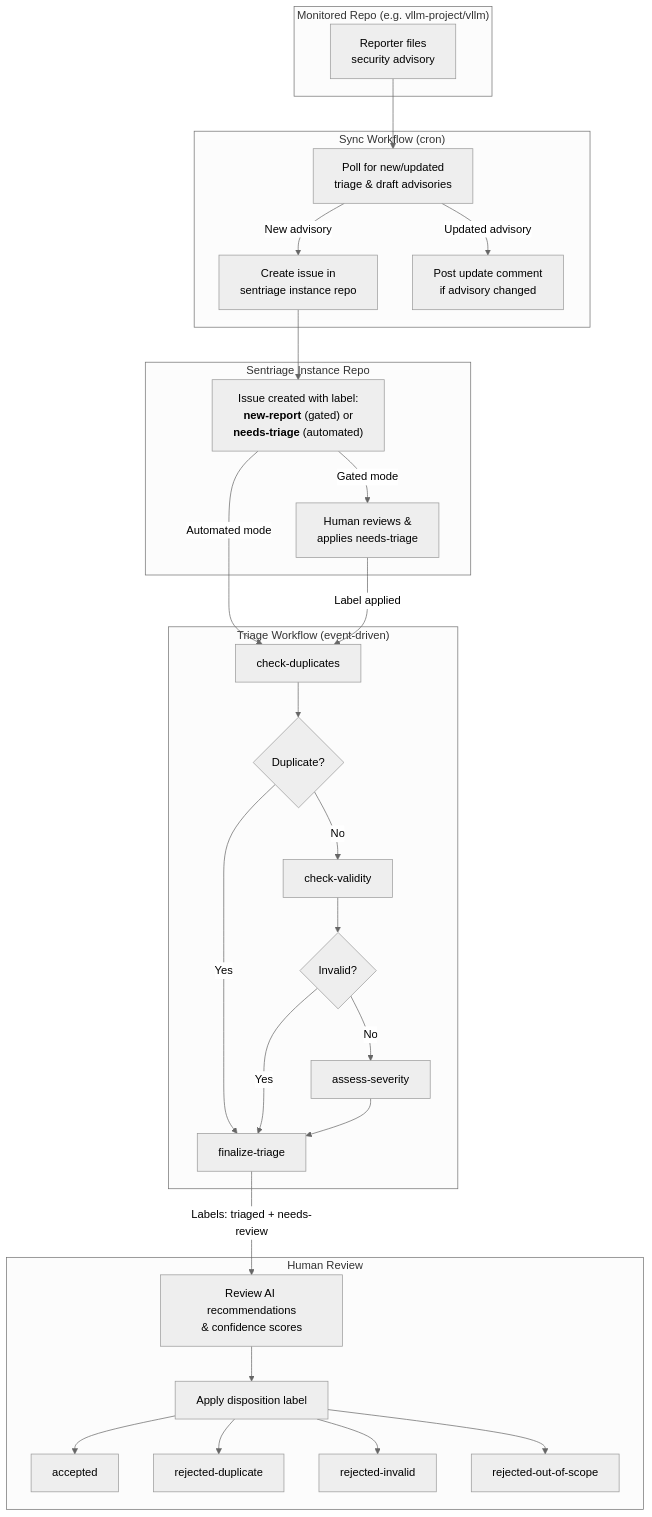
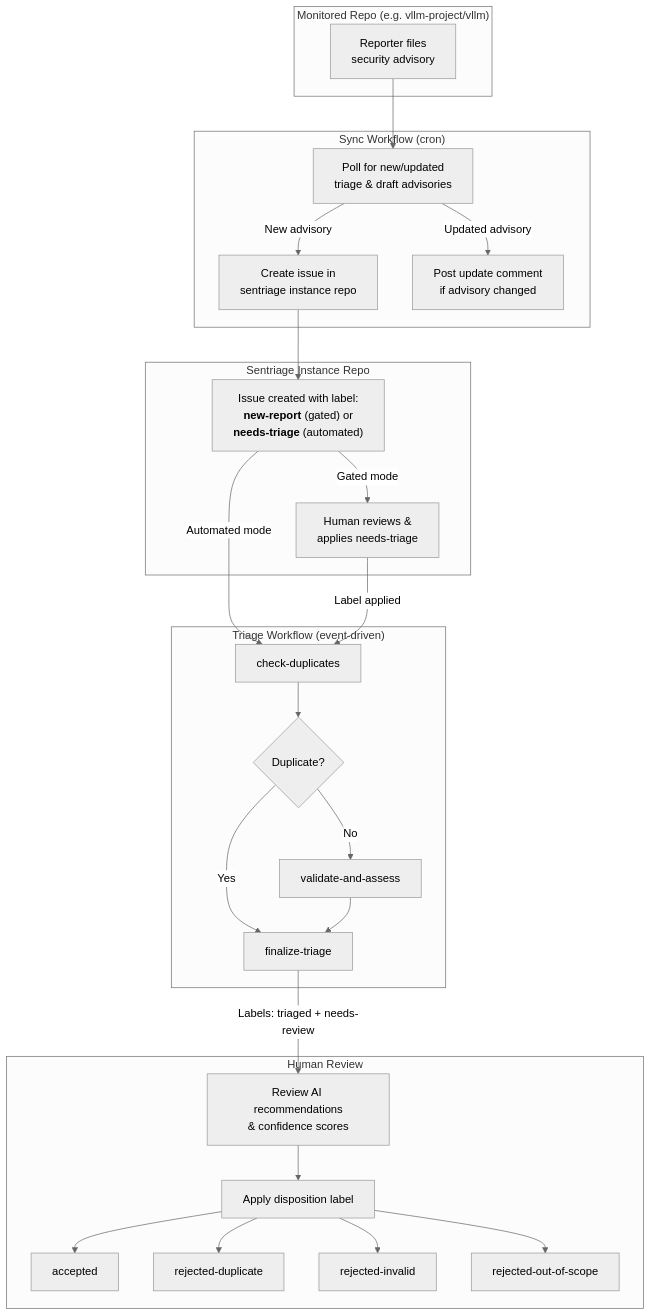
One commit to russellb/sentriage changed the second of 2 diagrams in README.md. Above: the diagram before and after it, drawn with Mermaid (neutral theme). The commit also changed other lines of this file, not shown here.

Commit message:
docs: update README to reflect combined validate-and-assess skill
The validity check and severity assessment are a single skill, not
separate pipeline steps. Update the flowchart and description to match.

````diff
--- a/README.md
+++ b/README.md
@@ -58,56 +57,51 @@
 ```mermaid
 flowchart TD
     subgraph source["Monitored Repo (e.g. vllm-project/vllm)"]
         A1[Reporter files<br>security advisory]
     end
 
     subgraph sync["Sync Workflow (cron)"]
         B1[Poll for new/updated<br>triage & draft advisories]
         B2[Create issue in<br>sentriage instance repo]
         B3[Post update comment<br>if advisory changed]
     end
 
     subgraph instance["Sentriage Instance Repo"]
         C1["Issue created with label:<br><b>new-report</b> (gated) or<br><b>needs-triage</b> (automated)"]
         C2[Human reviews &<br>applies needs-triage]
     end
 
     subgraph triage["Triage Workflow (event-driven)"]
         D1[check-duplicates]
         D2{Duplicate?}
-        D3[check-validity]
-        D4{Invalid?}
-        D5[assess-severity]
+        D3[validate-and-assess]
         D6[finalize-triage]
     end
 
     subgraph review["Human Review"]
         E1[Review AI recommendations<br>& confidence scores]
         E2[Apply disposition label]
         E3["accepted"]
         E4["rejected-duplicate"]
         E5["rejected-invalid"]
         E6["rejected-out-of-scope"]
     end
 
     A1 --> B1
     B1 -->|New advisory| B2
     B1 -->|Updated advisory| B3
     B2 --> C1
     C1 -->|Gated mode| C2
     C1 -->|Automated mode| D1
     C2 -->|Label applied| D1
     D1 --> D2
     D2 -->|Yes| D6
     D2 -->|No| D3
-    D3 --> D4
-    D4 -->|Yes| D6
-    D4 -->|No| D5
-    D5 --> D6
+    D3 --> D6
     D6 -->|"Labels: triaged + needs-review"| E1
     E1 --> E2
     E2 --> E3
     E2 --> E4
     E2 --> E5
     E2 --> E6
 ```
````
